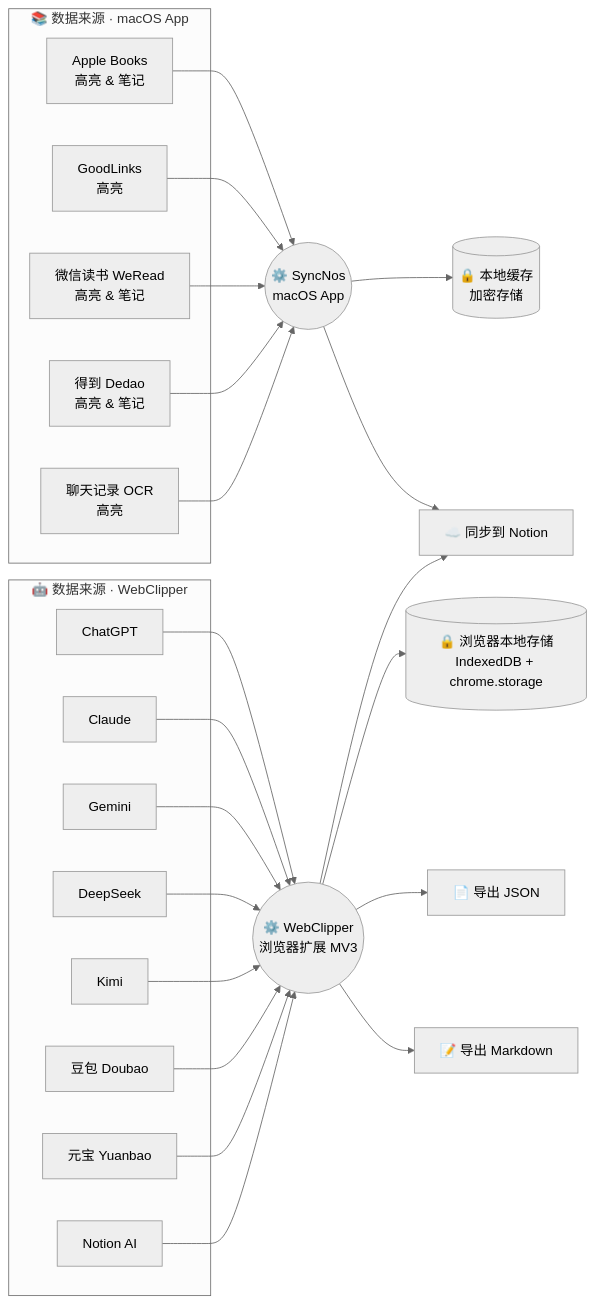
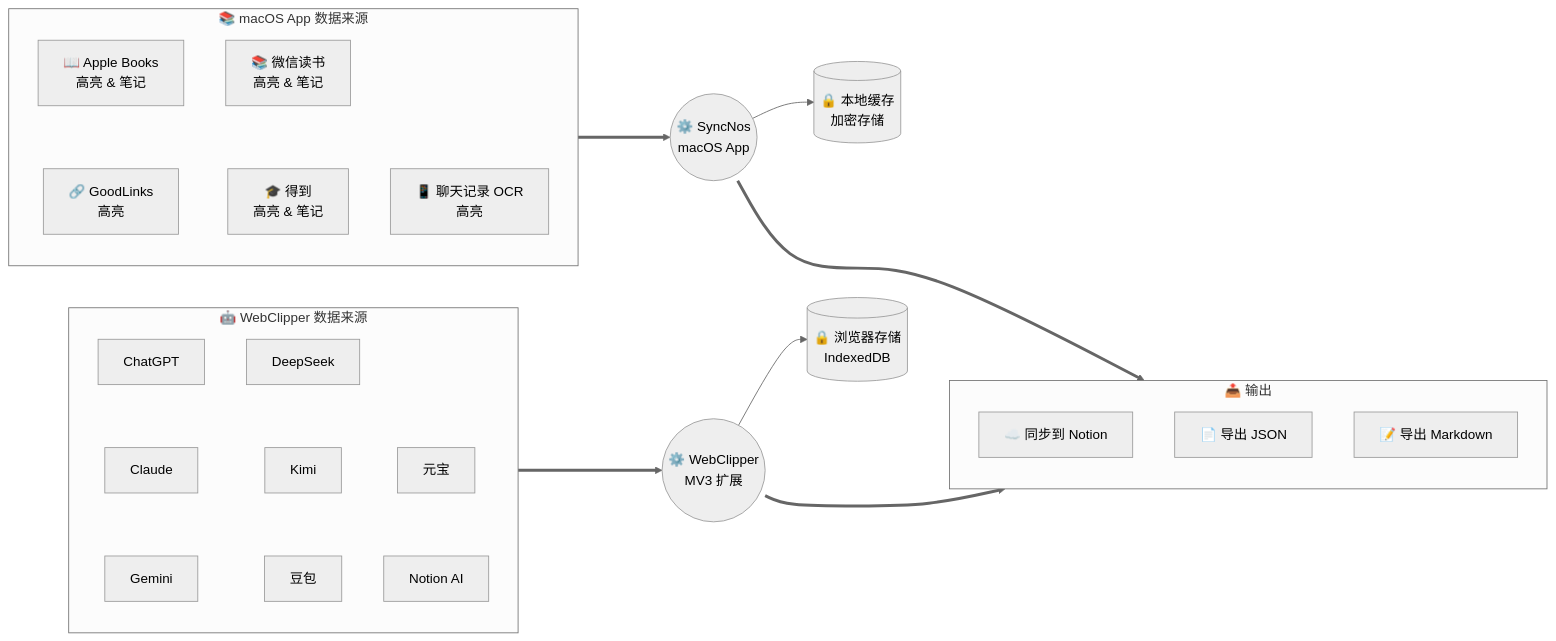
Before and after one commit to chiimagnus/SyncNos: the diagram in README.zh-CN.md, drawn with Mermaid. The commit also changed 1 other file, not shown here.

Commit message:
feat: 更新工作流程示意图，优化 macOS App 和 WebClipper 数据来源的展示

````diff
--- a/README.zh-CN.md
+++ b/README.zh-CN.md
@@ -12,48 +12,33 @@
 ```mermaid
 %%{init: {'theme':'neutral'}}%%
 flowchart LR
-    subgraph APP_SRC[" 📚 数据来源 · macOS App "]
-        AB["Apple Books<br>高亮 & 笔记"]
-        GL["GoodLinks<br>高亮"]
-        WR["微信读书 WeRead<br>高亮 & 笔记"]
-        DD["得到 Dedao<br>高亮 & 笔记"]
-        OCR["聊天记录 OCR<br>高亮"]
+    subgraph APP[" 📚 macOS App 数据来源 "]
+        direction TB
+        AB["📖 Apple Books<br>高亮 & 笔记"] ~~~ GL["🔗 GoodLinks<br>高亮"]
+        WR["📚 微信读书<br>高亮 & 笔记"] ~~~ DD["🎓 得到<br>高亮 & 笔记"]
+        OCR["📱 聊天记录 OCR<br>高亮"]
     end
 
-    subgraph WC_SRC[" 🤖 数据来源 · WebClipper "]
-        CGPT["ChatGPT"]
-        CLD["Claude"]
-        GEM["Gemini"]
-        DS["DeepSeek"]
-        KIMI["Kimi"]
-        DOU["豆包 Doubao"]
-        YUAN["元宝 Yuanbao"]
-        NA["Notion AI"]
+    subgraph WEB[" 🤖 WebClipper 数据来源 "]
+        direction TB
+        CGPT["ChatGPT"] ~~~ CLD["Claude"] ~~~ GEM["Gemini"]
+        DS["DeepSeek"] ~~~ KIMI["Kimi"] ~~~ DOU["豆包"]
+        YUAN["元宝"] ~~~ NA["Notion AI"]
     end
 
-    SyncNos(("⚙️ SyncNos<br>macOS App"))
-    WebClipper(("⚙️ WebClipper<br>浏览器扩展 MV3"))
+    APP ===> SyncNos(("⚙️ SyncNos<br>macOS App"))
+    WEB ===> WebClipper(("⚙️ WebClipper<br>MV3 扩展"))
 
-    AB --> SyncNos
-    GL --> SyncNos
-    WR --> SyncNos
-    DD --> SyncNos
-    OCR --> SyncNos
+    SyncNos --> CACHE1[("🔒 本地缓存<br>加密存储")]
+    WebClipper --> CACHE2[("🔒 浏览器存储<br>IndexedDB")]
 
-    CGPT --> WebClipper
-    CLD --> WebClipper
-    GEM --> WebClipper
-    DS --> WebClipper
-    KIMI --> WebClipper
-    DOU --> WebClipper
-    YUAN --> WebClipper
-    NA --> WebClipper
+    subgraph OUT[" 📤 输出 "]
+        direction TB
+        NOTION["☁️ 同步到 Notion"]
+        JSON["📄 导出 JSON"]
+        MD["📝 导出 Markdown"]
+    end
 
-    SyncNos --> LOCAL_APP[("🔒 本地缓存<br>加密存储")]
-    WebClipper --> LOCAL_WC[("🔒 浏览器本地存储<br>IndexedDB + chrome.storage")]
-
-    SyncNos --> NOTION["☁️ 同步到 Notion"]
-    WebClipper --> NOTION
-    WebClipper --> JSON["📄 导出 JSON"]
-    WebClipper --> MD["📝 导出 Markdown"]
+    SyncNos ===> OUT
+    WebClipper ===> OUT
 ```
````
